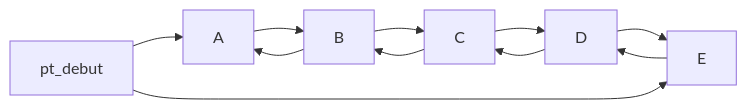
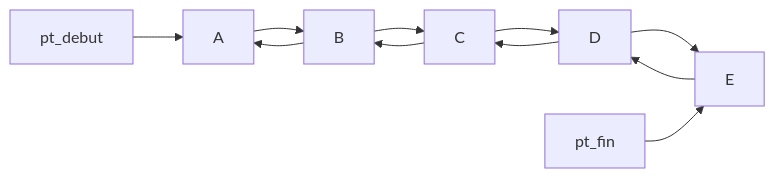
Before and after one commit to doutoum90/graytchadformationc: the fourth of 7 diagrams in docs/lecon20.md, drawn with Mermaid. The commit also changed other lines of this file and 6 other files, not shown here.

````diff
--- a/docs/lecon20.md
+++ b/docs/lecon20.md
@@ -58,9 +58,9 @@
 ```mermaid
 graph LR; 
 pt_debut-->A;
 A-->B; B-->A;
 B-->C; C-->B;
 C-->D; D-->C;
 D-->E;E-->D;
-pt_debut -->E;
+pt_fin -->E;
 ```
````
